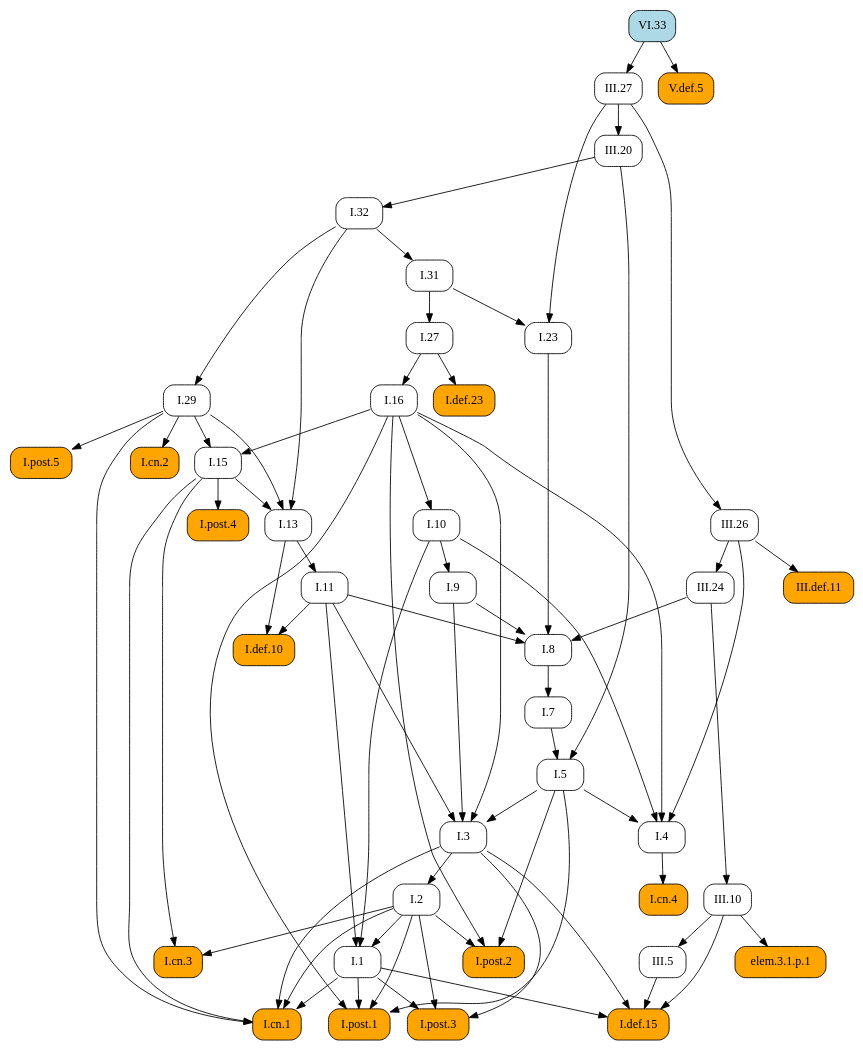
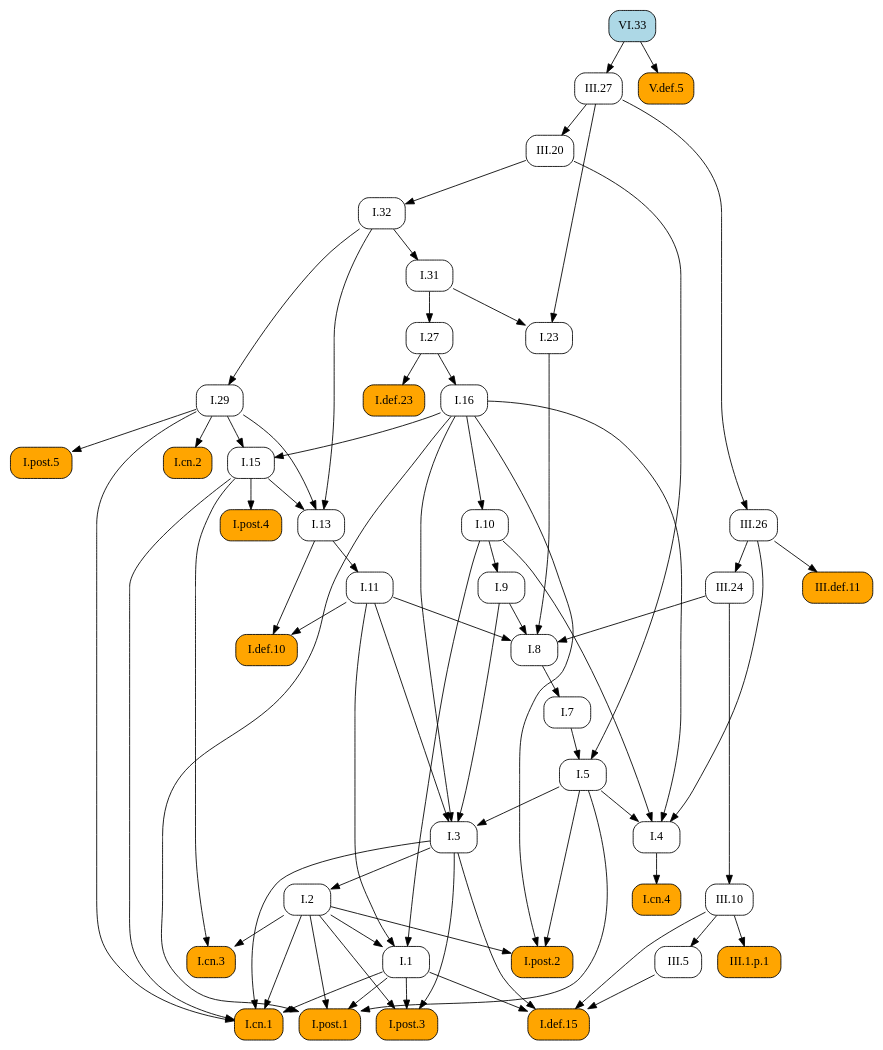
One commit to geometor/elements changed the diagram in docsrc/heath/VI/33/index.rst. Above: the diagram before and after it, drawn with Graphviz. The commit also changed 484 other files, not shown here.

```diff
--- a/docsrc/heath/VI/33/index.rst
+++ b/docsrc/heath/VI/33/index.rst
@@ -47,115 +47,115 @@
    digraph {
      rankdir="TB";
      node [shape=box, style=rounded];
+     "I.23" [URL="/heath/I/23/", target="_top"];
+     "I.9" [URL="/heath/I/9/", target="_top"];
+     "I.32" [URL="/heath/I/32/", target="_top"];
+     "III.24" [URL="/heath/III/24/", target="_top"];
+     "I.def.15" [style="rounded,filled", fillcolor=orange, URL="/heath/I/def.15/", target="_top"];
+     "III.def.11" [style="rounded,filled", fillcolor=orange, URL="/heath/III/def.11/", target="_top"];
+     "I.post.1" [style="rounded,filled", fillcolor=orange, URL="/heath/I/post.1/", target="_top"];
+     "I.post.3" [style="rounded,filled", fillcolor=orange, URL="/heath/I/post.3/", target="_top"];
+     "III.20" [URL="/heath/III/20/", target="_top"];
+     "V.def.5" [style="rounded,filled", fillcolor=orange, URL="/heath/V/def.5/", target="_top"];
+     "III.10" [URL="/heath/III/10/", target="_top"];
+     "I.31" [URL="/heath/I/31/", target="_top"];
      "I.def.10" [style="rounded,filled", fillcolor=orange, URL="/heath/I/def.10/", target="_top"];
+     "I.27" [URL="/heath/I/27/", target="_top"];
+     "I.3" [URL="/heath/I/3/", target="_top"];
+     "III.5" [URL="/heath/III/5/", target="_top"];
+     "I.cn.1" [style="rounded,filled", fillcolor=orange, URL="/heath/I/cn.1/", target="_top"];
+     "I.7" [URL="/heath/I/7/", target="_top"];
+     "I.2" [URL="/heath/I/2/", target="_top"];
+     "III.27" [URL="/heath/III/27/", target="_top"];
+     "III.26" [URL="/heath/III/26/", target="_top"];
+     "I.13" [URL="/heath/I/13/", target="_top"];
+     "I.post.4" [style="rounded,filled", fillcolor=orange, URL="/heath/I/post.4/", target="_top"];
+     "I.4" [URL="/heath/I/4/", target="_top"];
+     "I.1" [URL="/heath/I/1/", target="_top"];
+     "I.5" [URL="/heath/I/5/", target="_top"];
+     "I.8" [URL="/heath/I/8/", target="_top"];
+     "I.29" [URL="/heath/I/29/", target="_top"];
+     "I.cn.3" [style="rounded,filled", fillcolor=orange, URL="/heath/I/cn.3/", target="_top"];
+     "I.16" [URL="/heath/I/16/", target="_top"];
+     "VI.33" [style="rounded,filled", fillcolor=lightblue, URL="/heath/VI/33/", target="_top"];
+     "I.15" [URL="/heath/I/15/", target="_top"];
+     "I.10" [URL="/heath/I/10/", target="_top"];
      "I.11" [URL="/heath/I/11/", target="_top"];
-     "I.post.4" [style="rounded,filled", fillcolor=orange, URL="/heath/I/post.4/", target="_top"];
-     "I.1" [URL="/heath/I/1/", target="_top"];
-     "III.26" [URL="/heath/III/26/", target="_top"];
-     "V.def.5" [style="rounded,filled", fillcolor=orange, URL="/heath/V/def.5/", target="_top"];
-     "III.20" [URL="/heath/III/20/", target="_top"];
-     "I.29" [URL="/heath/I/29/", target="_top"];
-     "elem.3.1.p.1" [style="rounded,filled", fillcolor=orange];
+     "III.1.p.1" [style="rounded,filled", fillcolor=orange];
+     "I.def.23" [style="rounded,filled", fillcolor=orange, URL="/heath/I/def.23/", target="_top"];
      "I.cn.2" [style="rounded,filled", fillcolor=orange, URL="/heath/I/cn.2/", target="_top"];
-     "III.def.11" [style="rounded,filled", fillcolor=orange, URL="/heath/III/def.11/", target="_top"];
-     "I.def.15" [style="rounded,filled", fillcolor=orange, URL="/heath/I/def.15/", target="_top"];
-     "I.post.3" [style="rounded,filled", fillcolor=orange, URL="/heath/I/post.3/", target="_top"];
-     "I.cn.1" [style="rounded,filled", fillcolor=orange, URL="/heath/I/cn.1/", target="_top"];
-     "I.cn.3" [style="rounded,filled", fillcolor=orange, URL="/heath/I/cn.3/", target="_top"];
-     "I.23" [URL="/heath/I/23/", target="_top"];
-     "I.post.1" [style="rounded,filled", fillcolor=orange, URL="/heath/I/post.1/", target="_top"];
-     "III.24" [URL="/heath/III/24/", target="_top"];
-     "VI.33" [style="rounded,filled", fillcolor=lightblue, URL="/heath/VI/33/", target="_top"];
-     "I.27" [URL="/heath/I/27/", target="_top"];
-     "I.7" [URL="/heath/I/7/", target="_top"];
-     "I.3" [URL="/heath/I/3/", target="_top"];
-     "I.2" [URL="/heath/I/2/", target="_top"];
-     "I.4" [URL="/heath/I/4/", target="_top"];
-     "I.def.23" [style="rounded,filled", fillcolor=orange, URL="/heath/I/def.23/", target="_top"];
-     "I.13" [URL="/heath/I/13/", target="_top"];
+     "I.post.5" [style="rounded,filled", fillcolor=orange, URL="/heath/I/post.5/", target="_top"];
+     "I.cn.4" [style="rounded,filled", fillcolor=orange, URL="/heath/I/cn.4/", target="_top"];
      "I.post.2" [style="rounded,filled", fillcolor=orange, URL="/heath/I/post.2/", target="_top"];
-     "I.31" [URL="/heath/I/31/", target="_top"];
-     "I.16" [URL="/heath/I/16/", target="_top"];
-     "III.10" [URL="/heath/III/10/", target="_top"];
-     "I.9" [URL="/heath/I/9/", target="_top"];
-     "III.27" [URL="/heath/III/27/", target="_top"];
-     "I.8" [URL="/heath/I/8/", target="_top"];
-     "I.32" [URL="/heath/I/32/", target="_top"];
-     "I.cn.4" [style="rounded,filled", fillcolor=orange, URL="/heath/I/cn.4/", target="_top"];
-     "I.15" [URL="/heath/I/15/", target="_top"];
-     "I.post.5" [style="rounded,filled", fillcolor=orange, URL="/heath/I/post.5/", target="_top"];
-     "I.10" [URL="/heath/I/10/", target="_top"];
-     "I.5" [URL="/heath/I/5/", target="_top"];
-     "III.5" [URL="/heath/III/5/", target="_top"];
-     "I.11" -> "I.def.10";
-     "I.13" -> "I.def.10";
-     "I.13" -> "I.11";
-     "I.15" -> "I.post.4";
-     "I.2" -> "I.1";
-     "I.10" -> "I.1";
-     "I.11" -> "I.1";
-     "III.27" -> "III.26";
-     "VI.33" -> "V.def.5";
-     "III.27" -> "III.20";
-     "I.32" -> "I.29";
-     "III.10" -> "elem.3.1.p.1";
-     "I.29" -> "I.cn.2";
-     "III.26" -> "III.def.11";
+     "I.31" -> "I.23";
+     "III.27" -> "I.23";
+     "I.10" -> "I.9";
+     "III.20" -> "I.32";
+     "III.26" -> "III.24";
      "I.1" -> "I.def.15";
      "I.3" -> "I.def.15";
      "III.5" -> "I.def.15";
      "III.10" -> "I.def.15";
+     "III.26" -> "III.def.11";
+     "I.1" -> "I.post.1";
+     "I.2" -> "I.post.1";
+     "I.5" -> "I.post.1";
+     "I.16" -> "I.post.1";
      "I.1" -> "I.post.3";
      "I.2" -> "I.post.3";
      "I.3" -> "I.post.3";
+     "III.27" -> "III.20";
+     "VI.33" -> "V.def.5";
+     "III.24" -> "III.10";
+     "I.32" -> "I.31";
+     "I.11" -> "I.def.10";
+     "I.13" -> "I.def.10";
+     "I.31" -> "I.27";
+     "I.5" -> "I.3";
+     "I.9" -> "I.3";
+     "I.11" -> "I.3";
+     "I.16" -> "I.3";
+     "III.10" -> "III.5";
      "I.1" -> "I.cn.1";
      "I.2" -> "I.cn.1";
      "I.3" -> "I.cn.1";
      "I.15" -> "I.cn.1";
      "I.29" -> "I.cn.1";
-     "I.2" -> "I.cn.3";
-     "I.15" -> "I.cn.3";
-     "I.31" -> "I.23";
-     "III.27" -> "I.23";
-     "I.1" -> "I.post.1";
-     "I.2" -> "I.post.1";
-     "I.5" -> "I.post.1";
-     "I.16" -> "I.post.1";
-     "III.26" -> "III.24";
-     "I.31" -> "I.27";
      "I.8" -> "I.7";
-     "I.5" -> "I.3";
-     "I.9" -> "I.3";
-     "I.11" -> "I.3";
-     "I.16" -> "I.3";
      "I.3" -> "I.2";
+     "VI.33" -> "III.27";
+     "III.27" -> "III.26";
+     "I.15" -> "I.13";
+     "I.29" -> "I.13";
+     "I.32" -> "I.13";
+     "I.15" -> "I.post.4";
      "I.5" -> "I.4";
      "I.10" -> "I.4";
      "I.16" -> "I.4";
      "III.26" -> "I.4";
-     "I.27" -> "I.def.23";
-     "I.15" -> "I.13";
-     "I.29" -> "I.13";
-     "I.32" -> "I.13";
-     "I.2" -> "I.post.2";
-     "I.5" -> "I.post.2";
-     "I.16" -> "I.post.2";
-     "I.32" -> "I.31";
-     "I.27" -> "I.16";
-     "III.24" -> "III.10";
-     "I.10" -> "I.9";
-     "VI.33" -> "III.27";
+     "I.2" -> "I.1";
+     "I.10" -> "I.1";
+     "I.11" -> "I.1";
+     "I.7" -> "I.5";
+     "III.20" -> "I.5";
      "I.9" -> "I.8";
      "I.11" -> "I.8";
      "I.23" -> "I.8";
      "III.24" -> "I.8";
-     "III.20" -> "I.32";
-     "I.4" -> "I.cn.4";
+     "I.32" -> "I.29";
+     "I.2" -> "I.cn.3";
+     "I.15" -> "I.cn.3";
+     "I.27" -> "I.16";
      "I.16" -> "I.15";
      "I.29" -> "I.15";
+     "I.16" -> "I.10";
+     "I.13" -> "I.11";
+     "III.10" -> "III.1.p.1";
+     "I.27" -> "I.def.23";
+     "I.29" -> "I.cn.2";
      "I.29" -> "I.post.5";
-     "I.16" -> "I.10";
-     "I.7" -> "I.5";
-     "III.20" -> "I.5";
-     "III.10" -> "III.5";
+     "I.4" -> "I.cn.4";
+     "I.2" -> "I.post.2";
+     "I.5" -> "I.post.2";
+     "I.16" -> "I.post.2";
    }
```
